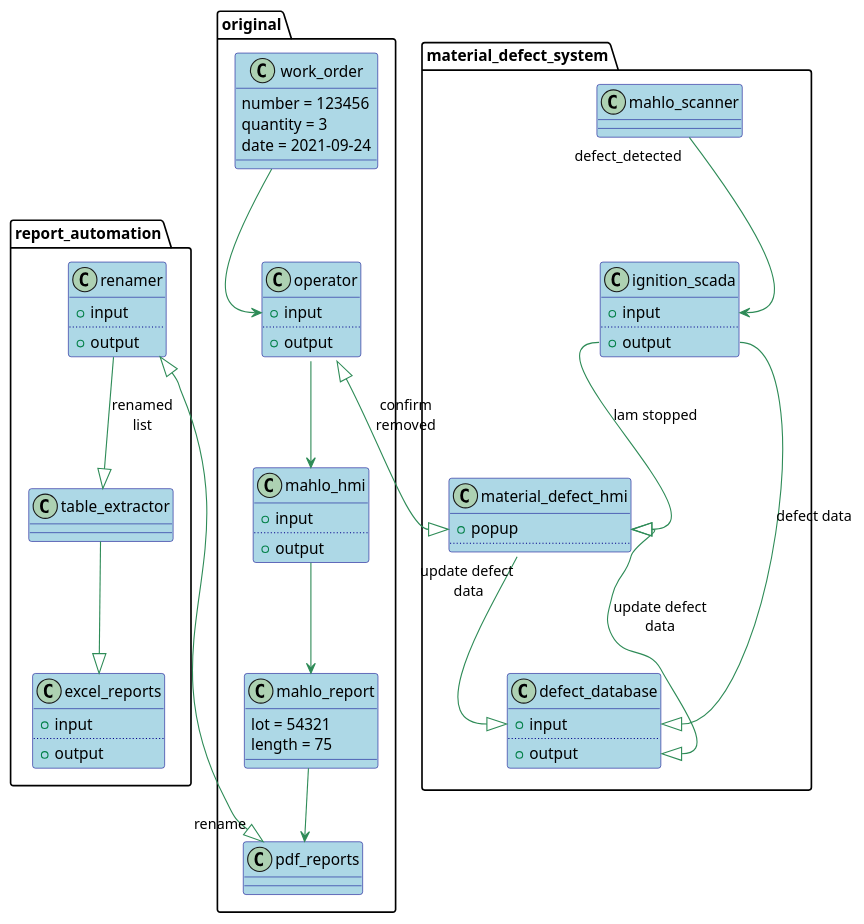
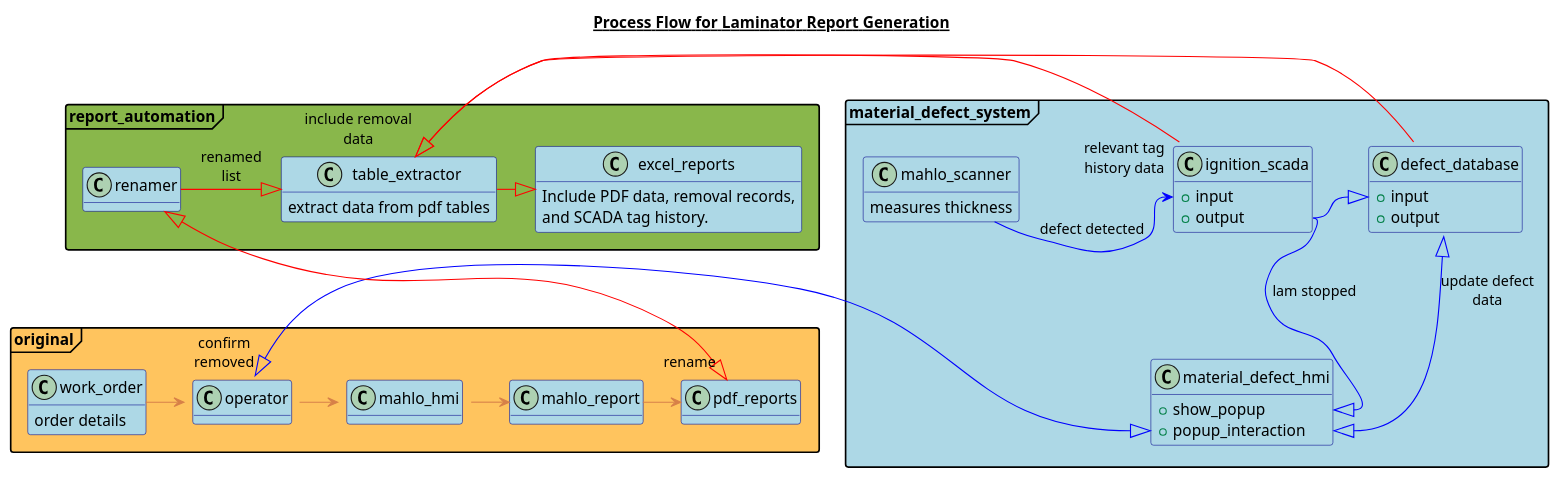
One commit to HelloMorrisMoss/diagrams_and_images changed the diagram in laminator_release_streamlining/process_flow.puml. Above: the diagram before and after it, drawn with PlantUML.

Commit message:
process_flow.puml: simplified many of the classes, added a title, changed the packageStyle to frame.

```diff
--- a/laminator_release_streamlining/process_flow.puml
+++ b/laminator_release_streamlining/process_flow.puml
@@ -1,90 +1,82 @@
 @startuml
+hide empty methods
 allowmixing
 'https://plantuml.com/sequence-diagram
 
 ' change the default colors for the classes
 skinparam class {
 BackgroundColor LightBlue
 ArrowColor SeaGreen
 BorderColor DarkBLue
 }
+skinparam packageStyle frame
 
+title "<u>Process Flow for Laminator Report Generation"
+
+' group the packages to push them toward being lined up
 together {
-    package material_defect_system {
+    package material_defect_system #LightBlue {
         class material_defect_hmi {
-            + popup
-            ..
+            + show_popup
+            + popup_interaction
             }
         class ignition_scada {
             + input
-            ..
             + output
         }
         class defect_database {
             + input
-            ..
             + output
         }
-        class mahlo_scanner
+        class mahlo_scanner {
+            measures thickness
+        }
     }
 
-    package original {
+    package original #ffc45e {
         class work_order {
-            number = 123456
-            quantity = 3
-            date = 2021-09-24
+            order details
         }
 
-        class mahlo_report {
-            lot = 54321
-            length = 75
-            }
-
-        class operator {
-            + input
-            ..
-            + output
-        }
-        class mahlo_hmi {
-            + input
-            ..
-            + output
-        }
+        class mahlo_report
+        class operator
+        class mahlo_hmi
 
         class pdf_reports
     }
-    package report_automation {
-        class table_extractor
-        class renamer {
-        + input
-        ..
-        + output
+    package report_automation #89b74b {
+        class table_extractor {
+            extract data from pdf tables
         }
+        class renamer
         class excel_reports {
-        + input
-        ..
-        + output
+            Include PDF data, removal records,\nand SCADA tag history.
         }
     }
 }
 
 ' define the defect popups
-mahlo_scanner "defect_detected" --> ignition_scada::input
-ignition_scada::output --|> defect_database::input : "defect data"
-ignition_scada::output --|> material_defect_hmi::popup : "lam stopped"
-material_defect_hmi::popup  <|-up-|> operator : confirm\nremoved
-defect_database::output <|--|> material_defect_hmi::popup : update defect\ndata
-material_defect_hmi "update defect\n data" --|> defect_database::input
+mahlo_scanner -[#BLue]> ignition_scada::input : "defect detected"
+ignition_scada::output -[#BLue]|> defect_database::input
+ignition_scada::output -[#BLue]|> material_defect_hmi::show_popup : "lam stopped"
+material_defect_hmi::popup_interaction  <|-up[#BLue]-|> "confirm\nremoved" operator
+defect_database <|-[#BLue]-|> material_defect_hmi::popup_interaction : update defect\ndata
+'material_defect_hmi "update defect\n data" -[#BLue]-|> defect_database::input
 
 '' the renaming and excel reports process
-renamer <|-down---|> "rename" pdf_reports
-renamer --|> table_extractor : "renamed\nlist"
-table_extractor --|> excel_reports
+renamer <|-down[#Red]-|> "rename" pdf_reports
+renamer -[#Red]|> table_extractor : "renamed\nlist"
+table_extractor -[#Red]|> excel_reports
+defect_database -[#Red]|> "include removal\ndata" table_extractor
+ignition_scada "relevant tag\nhistory data" -[#Red]|> table_extractor
 
+' d78048
 ' the original process to generate mahlo reports
-work_order --> operator::input
-operator --> mahlo_hmi
-mahlo_hmi --> mahlo_report
-mahlo_report --> pdf_reports
+work_order -[#d78048]> operator::input
+operator::output -[#d78048]> mahlo_hmi::input
+mahlo_hmi -[#d78048]> mahlo_report
+mahlo_report -[#d78048]> pdf_reports
+
+
 
 @enduml
```
